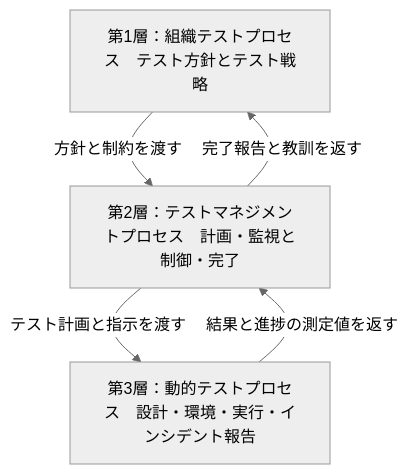
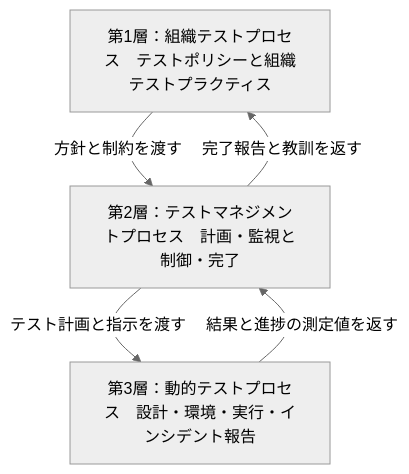
The second of 17 diagrams in Iso-29119-2-test-processes-guide.md (myoshi2891/Quality-Assurance-Studies), drawn with Mermaid (neutral theme) before and after one commit. The commit also changed other lines of this file, not shown here.

````diff
--- a/Iso-29119-2-test-processes-guide.md
+++ b/Iso-29119-2-test-processes-guide.md
@@ -142,10 +142,10 @@
 ```mermaid
 flowchart TD
-    L1["第1層：組織テストプロセス　テスト方針とテスト戦略"]
+    L1["第1層：組織テストプロセス　テストポリシーと組織テストプラクティス"]
     L2["第2層：テストマネジメントプロセス　計画・監視と制御・完了"]
     L3["第3層：動的テストプロセス　設計・環境・実行・インシデント報告"]
     L1 -->|"方針と制約を渡す"| L2
     L2 -->|"テスト計画と指示を渡す"| L3
     L3 -->|"結果と進捗の測定値を返す"| L2
     L2 -->|"完了報告と教訓を返す"| L1
 ```
````
